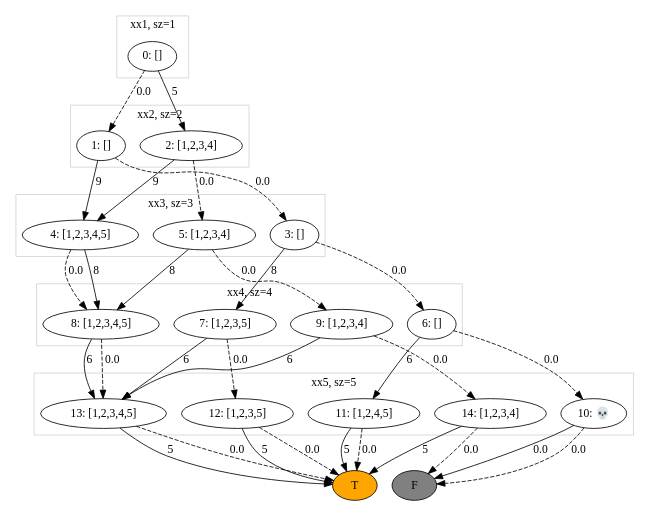
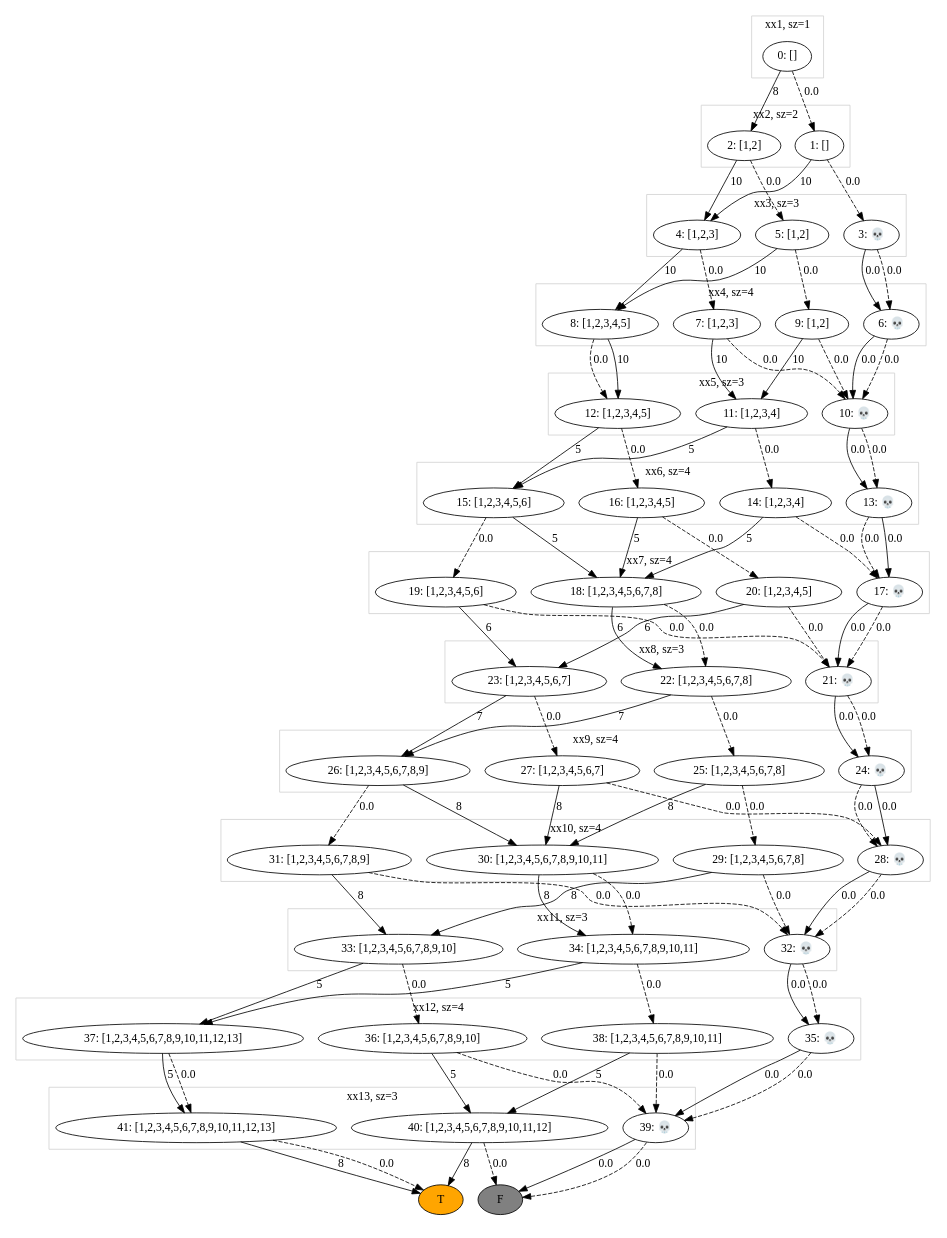
One commit to alex-bochkarev/align-BDD changed the diagram in Digraph.gv. Above: the diagram before and after it, drawn with Graphviz. The commit also changed 1 other file, not shown here.

Commit message:
added diagrams

```diff
--- a/Digraph.gv
+++ b/Digraph.gv
@@ -1,67 +1,172 @@
 digraph {
 	subgraph cluster_0 {
 		0 [label="0: []"]
 		color=lightgrey label="xx1, sz=1"
 	}
 	subgraph cluster_1 {
-		2 [label="2: [1,2,3,4]"]
+		2 [label="2: [1,2]"]
 		1 [label="1: []"]
 		color=lightgrey label="xx2, sz=2"
 	}
 	subgraph cluster_2 {
-		4 [label="4: [1,2,3,4,5]"]
-		5 [label="5: [1,2,3,4]"]
-		3 [label="3: []"]
+		3 [label="3: 💀"]
+		5 [label="5: [1,2]"]
+		4 [label="4: [1,2,3]"]
 		color=lightgrey label="xx3, sz=3"
 	}
 	subgraph cluster_3 {
-		6 [label="6: []"]
-		7 [label="7: [1,2,3,5]"]
-		9 [label="9: [1,2,3,4]"]
+		7 [label="7: [1,2,3]"]
 		8 [label="8: [1,2,3,4,5]"]
+		6 [label="6: 💀"]
+		9 [label="9: [1,2]"]
 		color=lightgrey label="xx4, sz=4"
 	}
 	subgraph cluster_4 {
-		14 [label="14: [1,2,3,4]"]
-		13 [label="13: [1,2,3,4,5]"]
-		11 [label="11: [1,2,4,5]"]
-		12 [label="12: [1,2,3,5]"]
 		10 [label="10: 💀"]
-		color=lightgrey label="xx5, sz=5"
+		11 [label="11: [1,2,3,4]"]
+		12 [label="12: [1,2,3,4,5]"]
+		color=lightgrey label="xx5, sz=3"
 	}
 	subgraph cluster_5 {
+		15 [label="15: [1,2,3,4,5,6]"]
+		16 [label="16: [1,2,3,4,5]"]
+		13 [label="13: 💀"]
+		14 [label="14: [1,2,3,4]"]
+		color=lightgrey label="xx6, sz=4"
+	}
+	subgraph cluster_6 {
+		18 [label="18: [1,2,3,4,5,6,7,8]"]
+		20 [label="20: [1,2,3,4,5]"]
+		17 [label="17: 💀"]
+		19 [label="19: [1,2,3,4,5,6]"]
+		color=lightgrey label="xx7, sz=4"
+	}
+	subgraph cluster_7 {
+		23 [label="23: [1,2,3,4,5,6,7]"]
+		22 [label="22: [1,2,3,4,5,6,7,8]"]
+		21 [label="21: 💀"]
+		color=lightgrey label="xx8, sz=3"
+	}
+	subgraph cluster_8 {
+		26 [label="26: [1,2,3,4,5,6,7,8,9]"]
+		24 [label="24: 💀"]
+		25 [label="25: [1,2,3,4,5,6,7,8]"]
+		27 [label="27: [1,2,3,4,5,6,7]"]
+		color=lightgrey label="xx9, sz=4"
+	}
+	subgraph cluster_9 {
+		29 [label="29: [1,2,3,4,5,6,7,8]"]
+		31 [label="31: [1,2,3,4,5,6,7,8,9]"]
+		30 [label="30: [1,2,3,4,5,6,7,8,9,10,11]"]
+		28 [label="28: 💀"]
+		color=lightgrey label="xx10, sz=4"
+	}
+	subgraph cluster_10 {
+		34 [label="34: [1,2,3,4,5,6,7,8,9,10,11]"]
+		33 [label="33: [1,2,3,4,5,6,7,8,9,10]"]
+		32 [label="32: 💀"]
+		color=lightgrey label="xx11, sz=3"
+	}
+	subgraph cluster_11 {
+		37 [label="37: [1,2,3,4,5,6,7,8,9,10,11,12,13]"]
+		35 [label="35: 💀"]
+		38 [label="38: [1,2,3,4,5,6,7,8,9,10,11]"]
+		36 [label="36: [1,2,3,4,5,6,7,8,9,10]"]
+		color=lightgrey label="xx12, sz=4"
+	}
+	subgraph cluster_12 {
+		41 [label="41: [1,2,3,4,5,6,7,8,9,10,11,12,13]"]
+		39 [label="39: 💀"]
+		40 [label="40: [1,2,3,4,5,6,7,8,9,10,11,12]"]
+		color=lightgrey label="xx13, sz=3"
+	}
+	subgraph cluster_13 {
+		-2 [label=F fillcolor=gray style=filled]
 		-1 [label=T fillcolor=orange style=filled]
-		-2 [label=F fillcolor=gray style=filled]
 		color=white
 	}
-	0 -> 2 [label=5]
+	0 -> 2 [label=8]
 	0 -> 1 [label=0.0 style=dashed]
-	2 -> 4 [label=9]
+	2 -> 4 [label=10]
 	2 -> 5 [label=0.0 style=dashed]
-	1 -> 4 [label=9]
+	1 -> 4 [label=10]
 	1 -> 3 [label=0.0 style=dashed]
-	4 -> 8 [label=8]
-	4 -> 8 [label=0.0 style=dashed]
-	5 -> 8 [label=8]
+	3 -> 6 [label=0.0]
+	3 -> 6 [label=0.0 style=dashed]
+	5 -> 8 [label=10]
 	5 -> 9 [label=0.0 style=dashed]
-	3 -> 7 [label=8]
-	3 -> 6 [label=0.0 style=dashed]
-	6 -> 11 [label=6]
+	4 -> 8 [label=10]
+	4 -> 7 [label=0.0 style=dashed]
+	7 -> 11 [label=10]
+	7 -> 10 [label=0.0 style=dashed]
+	8 -> 12 [label=10]
+	8 -> 12 [label=0.0 style=dashed]
+	6 -> 10 [label=0.0]
 	6 -> 10 [label=0.0 style=dashed]
-	7 -> 13 [label=6]
-	7 -> 12 [label=0.0 style=dashed]
-	9 -> 13 [label=6]
-	9 -> 14 [label=0.0 style=dashed]
-	8 -> 13 [label=6]
-	8 -> 13 [label=0.0 style=dashed]
-	14 -> -1 [label=5]
-	14 -> -2 [label=0.0 style=dashed]
-	13 -> -1 [label=5]
-	13 -> -1 [label=0.0 style=dashed]
-	11 -> -1 [label=5]
-	11 -> -1 [label=0.0 style=dashed]
-	12 -> -1 [label=5]
-	12 -> -1 [label=0.0 style=dashed]
-	10 -> -2 [label=0.0]
-	10 -> -2 [label=0.0 style=dashed]
+	9 -> 11 [label=10]
+	9 -> 10 [label=0.0 style=dashed]
+	10 -> 13 [label=0.0]
+	10 -> 13 [label=0.0 style=dashed]
+	11 -> 15 [label=5]
+	11 -> 14 [label=0.0 style=dashed]
+	12 -> 15 [label=5]
+	12 -> 16 [label=0.0 style=dashed]
+	15 -> 18 [label=5]
+	15 -> 19 [label=0.0 style=dashed]
+	16 -> 18 [label=5]
+	16 -> 20 [label=0.0 style=dashed]
+	13 -> 17 [label=0.0]
+	13 -> 17 [label=0.0 style=dashed]
+	14 -> 18 [label=5]
+	14 -> 17 [label=0.0 style=dashed]
+	18 -> 22 [label=6]
+	18 -> 22 [label=0.0 style=dashed]
+	20 -> 23 [label=6]
+	20 -> 21 [label=0.0 style=dashed]
+	17 -> 21 [label=0.0]
+	17 -> 21 [label=0.0 style=dashed]
+	19 -> 23 [label=6]
+	19 -> 21 [label=0.0 style=dashed]
+	23 -> 26 [label=7]
+	23 -> 27 [label=0.0 style=dashed]
+	22 -> 26 [label=7]
+	22 -> 25 [label=0.0 style=dashed]
+	21 -> 24 [label=0.0]
+	21 -> 24 [label=0.0 style=dashed]
+	26 -> 30 [label=8]
+	26 -> 31 [label=0.0 style=dashed]
+	24 -> 28 [label=0.0]
+	24 -> 28 [label=0.0 style=dashed]
+	25 -> 30 [label=8]
+	25 -> 29 [label=0.0 style=dashed]
+	27 -> 30 [label=8]
+	27 -> 28 [label=0.0 style=dashed]
+	29 -> 33 [label=8]
+	29 -> 32 [label=0.0 style=dashed]
+	31 -> 33 [label=8]
+	31 -> 32 [label=0.0 style=dashed]
+	30 -> 34 [label=8]
+	30 -> 34 [label=0.0 style=dashed]
+	28 -> 32 [label=0.0]
+	28 -> 32 [label=0.0 style=dashed]
+	34 -> 37 [label=5]
+	34 -> 38 [label=0.0 style=dashed]
+	33 -> 37 [label=5]
+	33 -> 36 [label=0.0 style=dashed]
+	32 -> 35 [label=0.0]
+	32 -> 35 [label=0.0 style=dashed]
+	37 -> 41 [label=5]
+	37 -> 41 [label=0.0 style=dashed]
+	35 -> 39 [label=0.0]
+	35 -> 39 [label=0.0 style=dashed]
+	38 -> 40 [label=5]
+	38 -> 39 [label=0.0 style=dashed]
+	36 -> 40 [label=5]
+	36 -> 39 [label=0.0 style=dashed]
+	41 -> -1 [label=8]
+	41 -> -1 [label=0.0 style=dashed]
+	39 -> -2 [label=0.0]
+	39 -> -2 [label=0.0 style=dashed]
+	40 -> -1 [label=8]
+	40 -> -2 [label=0.0 style=dashed]
 }
```
